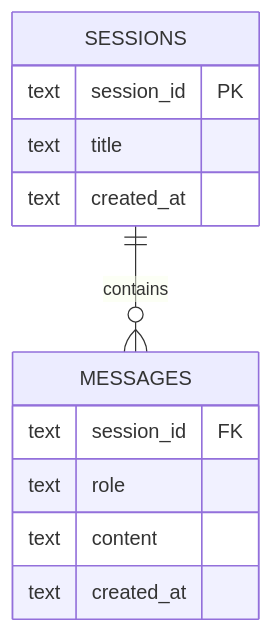
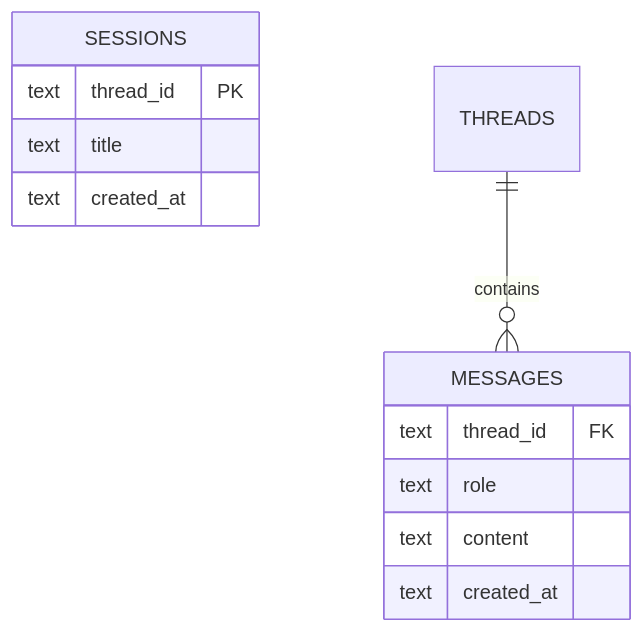
Before and after one commit to yao-creative/anti-tech-debt: the seventh of 8 diagrams in docs/architecture.md, drawn with Mermaid. The commit also changed other lines of this file and 22 other files, not shown here.

````diff
--- a/docs/architecture.md
+++ b/docs/architecture.md
@@ -269,17 +270,17 @@
 ```mermaid
 erDiagram
     SESSIONS {
-        text session_id PK
+        text thread_id PK
         text title
         text created_at
     }
 
     MESSAGES {
-        text session_id FK
+        text thread_id FK
         text role
         text content
         text created_at
     }
 
-    SESSIONS ||--o{ MESSAGES : contains
+    THREADS ||--o{ MESSAGES : contains
 ```
````
